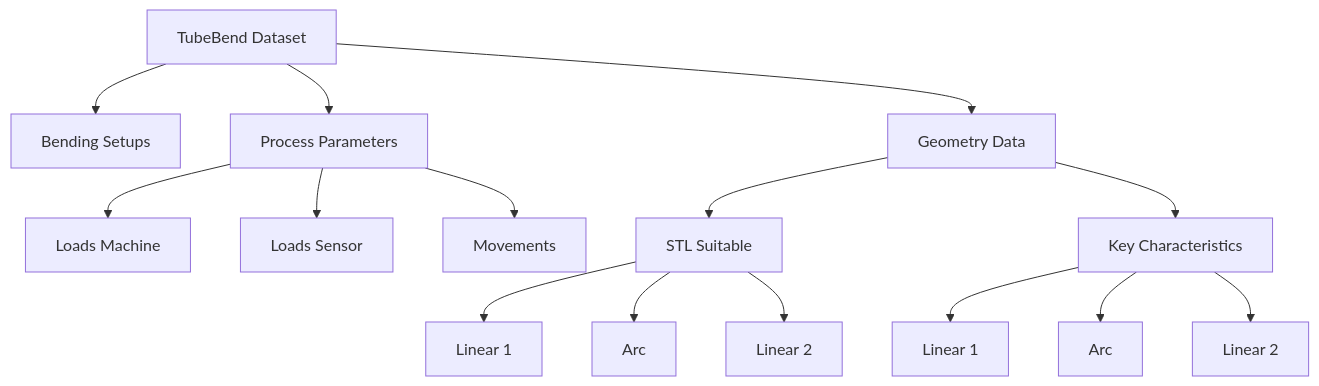
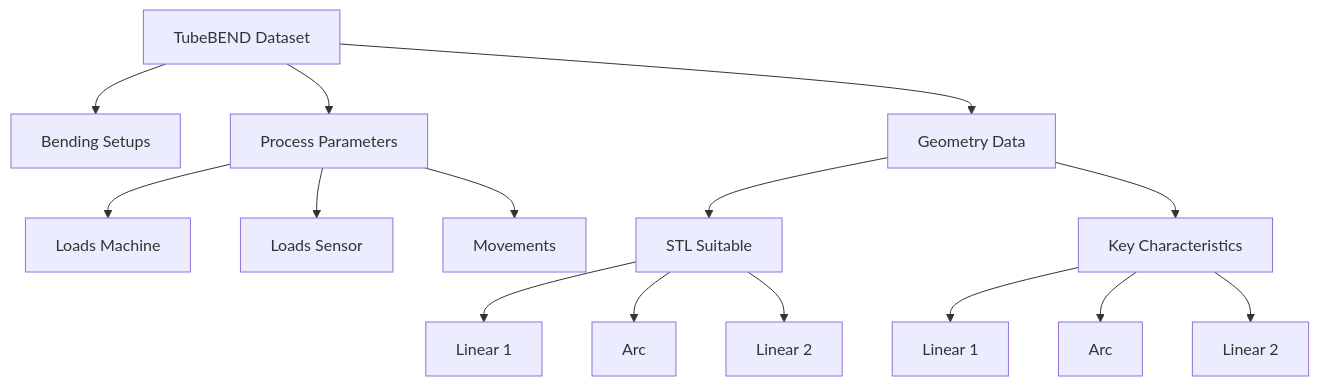
One commit to zeyneddinoz/tubebend changed the diagram in README.md. Above: the diagram before and after it, drawn with Mermaid.

````diff
--- a/README.md
+++ b/README.md
@@ -59,21 +59,21 @@
 ```mermaid
 graph TD
-    TB[TubeBend Dataset] --> BS[Bending Setups]
+    TB[TubeBEND Dataset] --> BS[Bending Setups]
     TB --> PP[Process Parameters]
     TB --> GD[Geometry Data]
     
     PP --> PPLM[Loads Machine]
     PP --> PPLS[Loads Sensor]
     PP --> PPM[Movements]
     
     GD --> GDSL[STL Suitable]
     GD --> GDKC[Key Characteristics]
     
     GDSL --> GDSL1[Linear 1]
     GDSL --> GDSLA[Arc]
     GDSL --> GDSL2[Linear 2]
     
     GDKC --> GDKCL1[Linear 1]
     GDKC --> GDKCA[Arc]
     GDKC --> GDKCL2[Linear 2]
 ```
````
